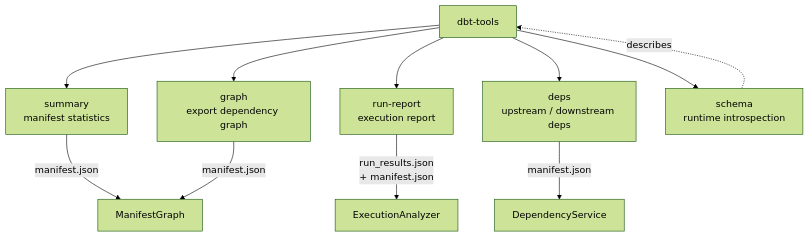
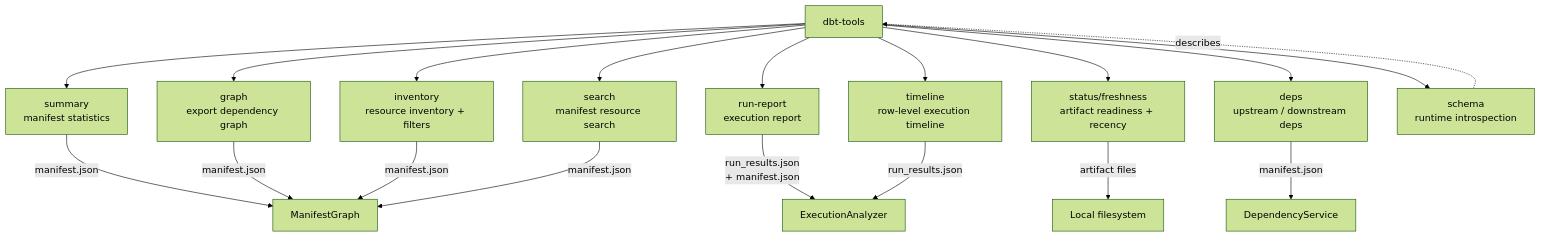
One commit to yu-iskw/dbt-artifacts-parser-ts changed the diagram in packages/dbt-tools/cli/README.md. Above: the diagram before and after it, drawn with Mermaid (forest theme). The commit also changed other lines of this file and 8 other files, not shown here.

Commit message:
feat(cli): add inventory timeline search status and focused graph export

````diff
--- a/packages/dbt-tools/cli/README.md
+++ b/packages/dbt-tools/cli/README.md
@@ -9,15 +9,23 @@
 ```mermaid
 graph TD
   CLI["dbt-tools"]
   CLI --> summary["summary\nmanifest statistics"]
+  CLI --> inventory["inventory\nresource inventory + filters"]
   CLI --> graphCmd["graph\nexport dependency graph"]
+  CLI --> timeline["timeline\nrow-level execution timeline"]
+  CLI --> search["search\nmanifest resource search"]
   CLI --> rr["run-report\nexecution report"]
+  CLI --> status["status/freshness\nartifact readiness + recency"]
   CLI --> deps["deps\nupstream / downstream deps"]
   CLI --> schema["schema\nruntime introspection"]
 
   summary -->|manifest.json| MG[ManifestGraph]
   graphCmd -->|manifest.json| MG
+  inventory -->|manifest.json| MG
+  search -->|manifest.json| MG
   rr -->|run_results.json\n+ manifest.json| EA[ExecutionAnalyzer]
+  timeline -->|run_results.json| EA
+  status -->|artifact files| FS[Local filesystem]
   deps -->|manifest.json| DS[DependencyService]
   schema -.->|describes| CLI
 ```
````
